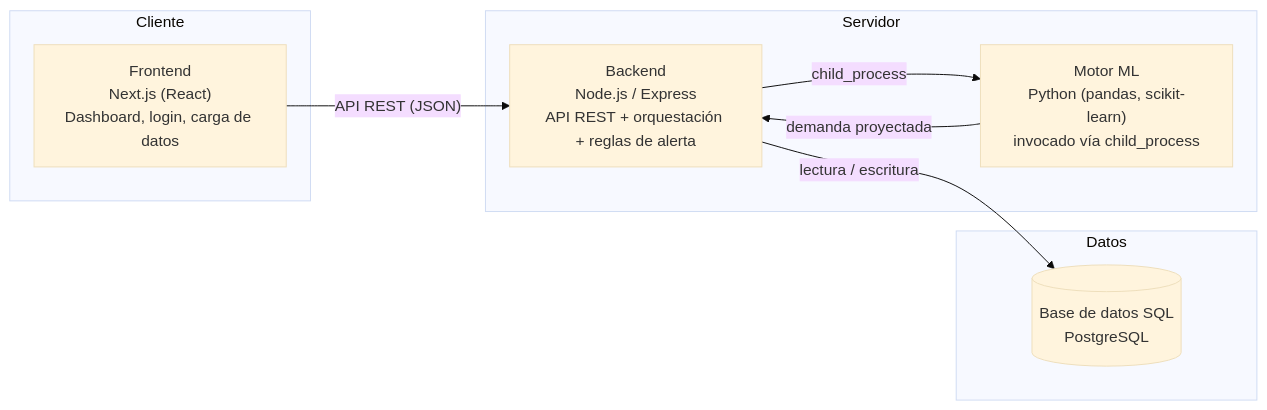
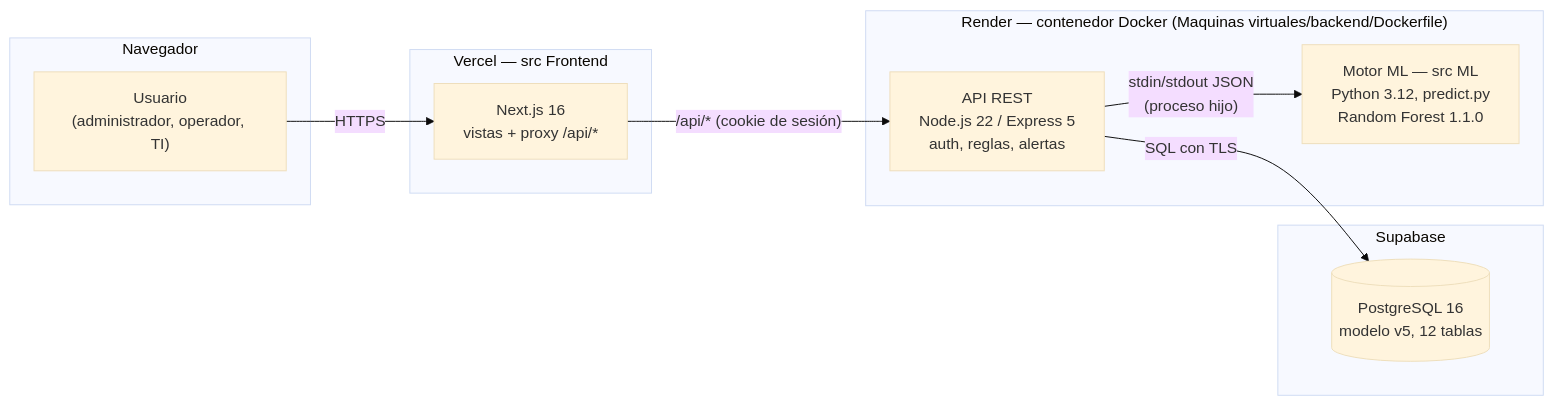
Before and after one commit to Blackmist02/NexuStock: the diagram in README.md, drawn with Mermaid (base theme). The commit also changed other lines of this file and 312 other files, not shown here.

````diff
--- a/README.md
+++ b/README.md
@@ -147,20 +332,24 @@
 ```mermaid
 flowchart LR
-    subgraph Cliente
-        FE["Frontend<br/>Next.js (React)<br/>Dashboard, login, carga de datos"]
+    subgraph Navegador
+        U["Usuario<br/>(administrador, operador, TI)"]
     end
 
-    subgraph Servidor
-        BE["Backend<br/>Node.js / Express<br/>API REST + orquestación + reglas de alerta"]
-        ML["Motor ML<br/>Python (pandas, scikit-learn)<br/>invocado vía child_process"]
+    subgraph Vercel["Vercel — src Frontend"]
+        FE["Next.js 16<br/>vistas + proxy /api/*"]
     end
 
-    subgraph Datos
-        DB[("Base de datos SQL<br/>PostgreSQL")]
+    subgraph Render["Render — contenedor Docker (Maquinas virtuales/backend/Dockerfile)"]
+        BE["API REST<br/>Node.js 22 / Express 5<br/>auth, reglas, alertas"]
+        ML["Motor ML — src ML<br/>Python 3.12, predict.py<br/>Random Forest 1.1.0"]
     end
 
-    FE -- "API REST (JSON)" --> BE
-    BE -- "child_process" --> ML
-    ML -- "demanda proyectada" --> BE
-    BE -- "lectura / escritura" --> DB
+    subgraph Supabase
+        DB[("PostgreSQL 16<br/>modelo v5, 12 tablas")]
+    end
+
+    U -- HTTPS --> FE
+    FE -- "/api/* (cookie de sesión)" --> BE
+    BE -- "stdin/stdout JSON<br/>(proceso hijo)" --> ML
+    BE -- "SQL con TLS" --> DB
 ```
````
